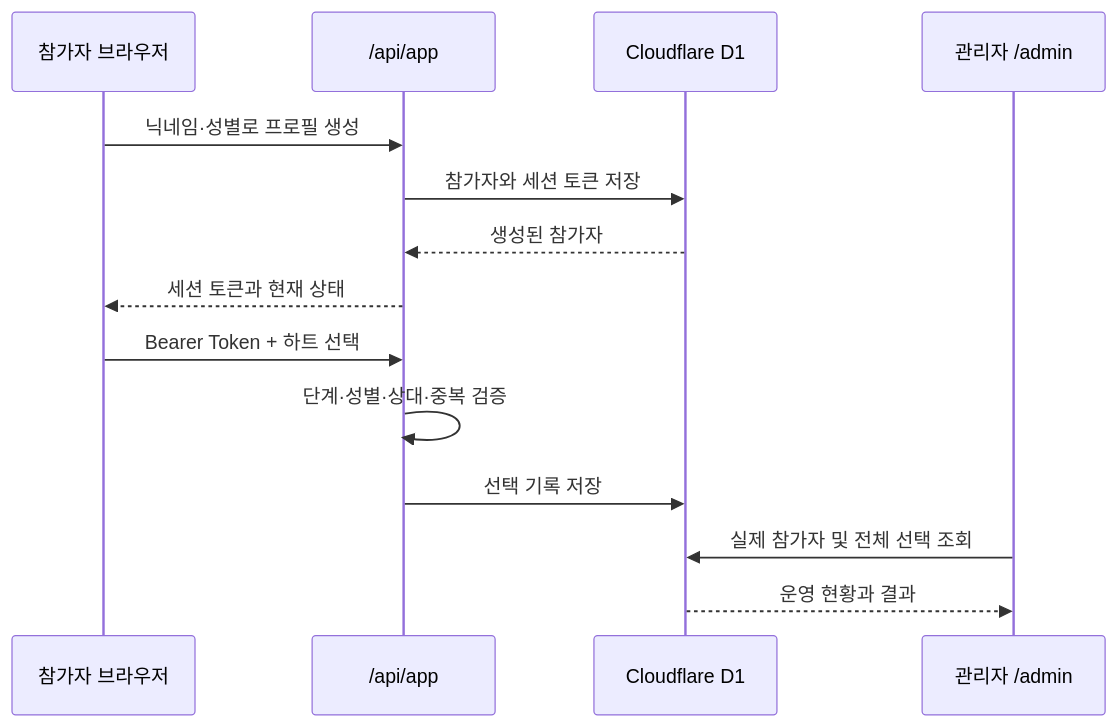
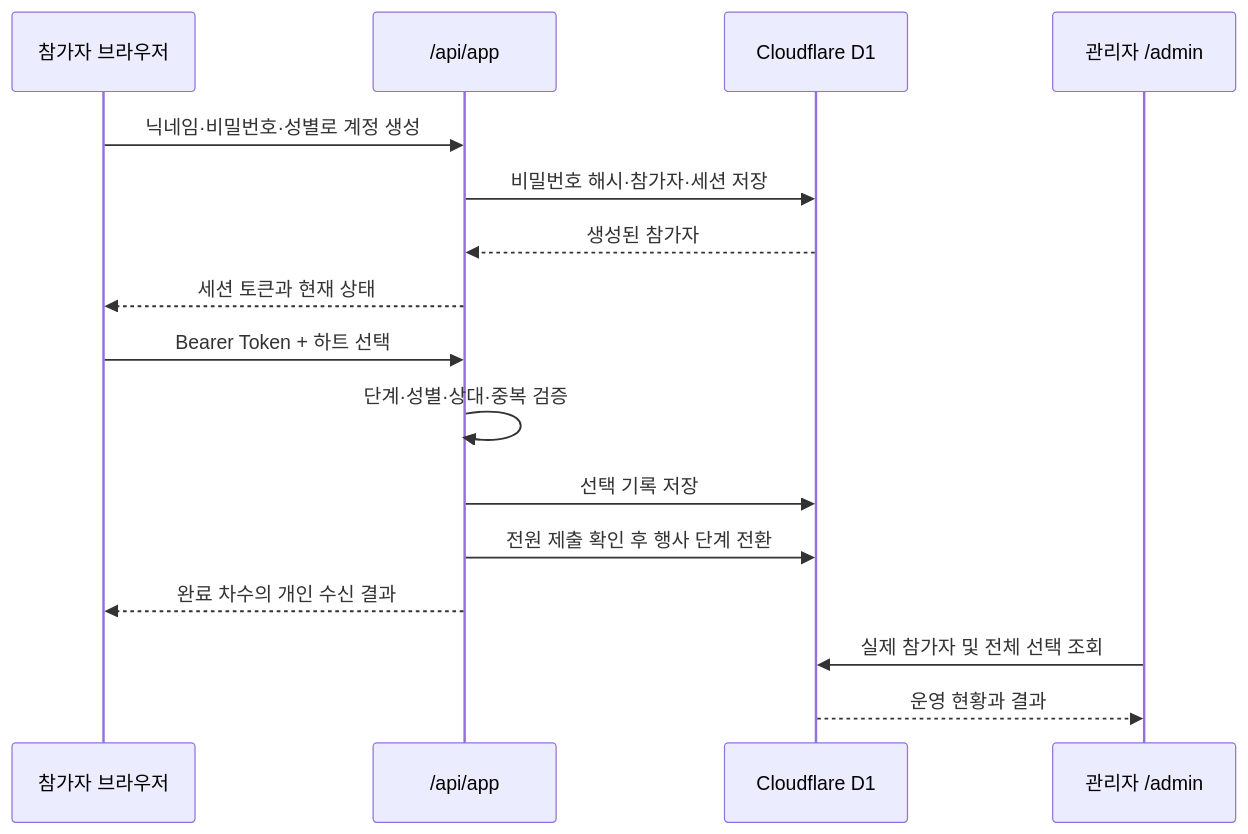
One commit to younsonx/cnu_some-one_project changed the diagram in docs/ARCHITECTURE.md. Above: the diagram before and after it, drawn with Mermaid. The commit also changed other lines of this file and 15 other files, not shown here.

````diff
--- a/docs/ARCHITECTURE.md
+++ b/docs/ARCHITECTURE.md
@@ -7,17 +7,19 @@
 ```mermaid
 sequenceDiagram
     participant P as 참가자 브라우저
     participant A as /api/app
     participant D as Cloudflare D1
     participant M as 관리자 /admin
 
-    P->>A: 닉네임·성별로 프로필 생성
-    A->>D: 참가자와 세션 토큰 저장
+    P->>A: 닉네임·비밀번호·성별로 계정 생성
+    A->>D: 비밀번호 해시·참가자·세션 저장
     D-->>A: 생성된 참가자
     A-->>P: 세션 토큰과 현재 상태
     P->>A: Bearer Token + 하트 선택
     A->>A: 단계·성별·상대·중복 검증
     A->>D: 선택 기록 저장
+    A->>D: 전원 제출 확인 후 행사 단계 전환
+    A-->>P: 완료 차수의 개인 수신 결과
     M->>D: 실제 참가자 및 전체 선택 조회
     D-->>M: 운영 현황과 결과
 ```
````
